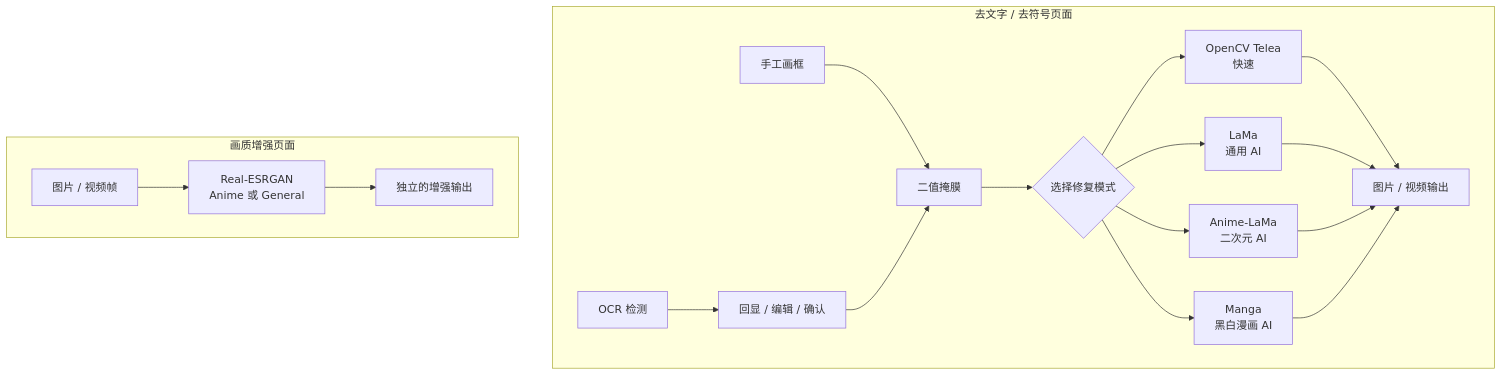
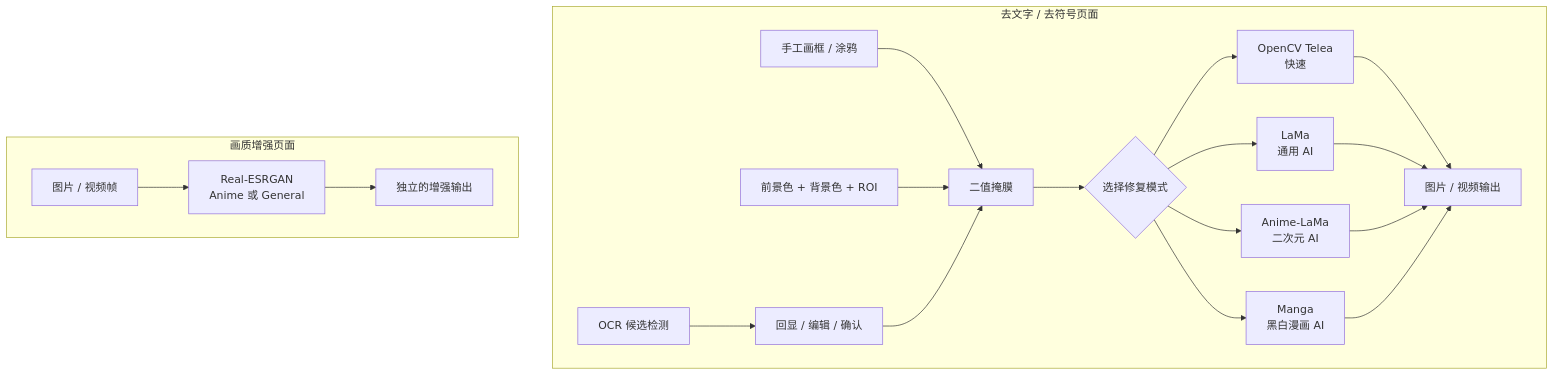
One commit to Yukino-insect/clean-canvas-studio changed the diagram in README.md. Above: the diagram before and after it, drawn with Mermaid. The commit also changed other lines of this file and 45 other files, not shown here.

````diff
--- a/README.md
+++ b/README.md
@@ -7,22 +7,23 @@
 ```mermaid
 flowchart TB
     subgraph REMOVE[去文字 / 去符号页面]
         direction LR
-        MANUAL[手工画框] --> MASK[二值掩膜]
-        OCR[OCR 检测] --> REVIEW[回显 / 编辑 / 确认] --> MASK
+        MANUAL[手工画框 / 涂鸦] --> MASK[二值掩膜]
+        COLOR[前景色 + 背景色 + ROI] --> MASK
+        OCR[OCR 候选检测] --> REVIEW[回显 / 编辑 / 确认] --> MASK
         MASK --> MODE{选择修复模式}
         MODE --> TELEA[OpenCV Telea<br/>快速]
         MODE --> LAMA[LaMa<br/>通用 AI]
         MODE --> ANIME_LAMA[Anime-LaMa<br/>二次元 AI]
         MODE --> MANGA[Manga<br/>黑白漫画 AI]
         TELEA --> RESTORED[图片 / 视频输出]
         LAMA --> RESTORED
         ANIME_LAMA --> RESTORED
         MANGA --> RESTORED
     end
 
     subgraph ENHANCE[画质增强页面]
         direction LR
         SOURCE[图片 / 视频帧] --> ESRGAN[Real-ESRGAN<br/>Anime 或 General] --> ENHANCED[独立的增强输出]
     end
 ```
````
